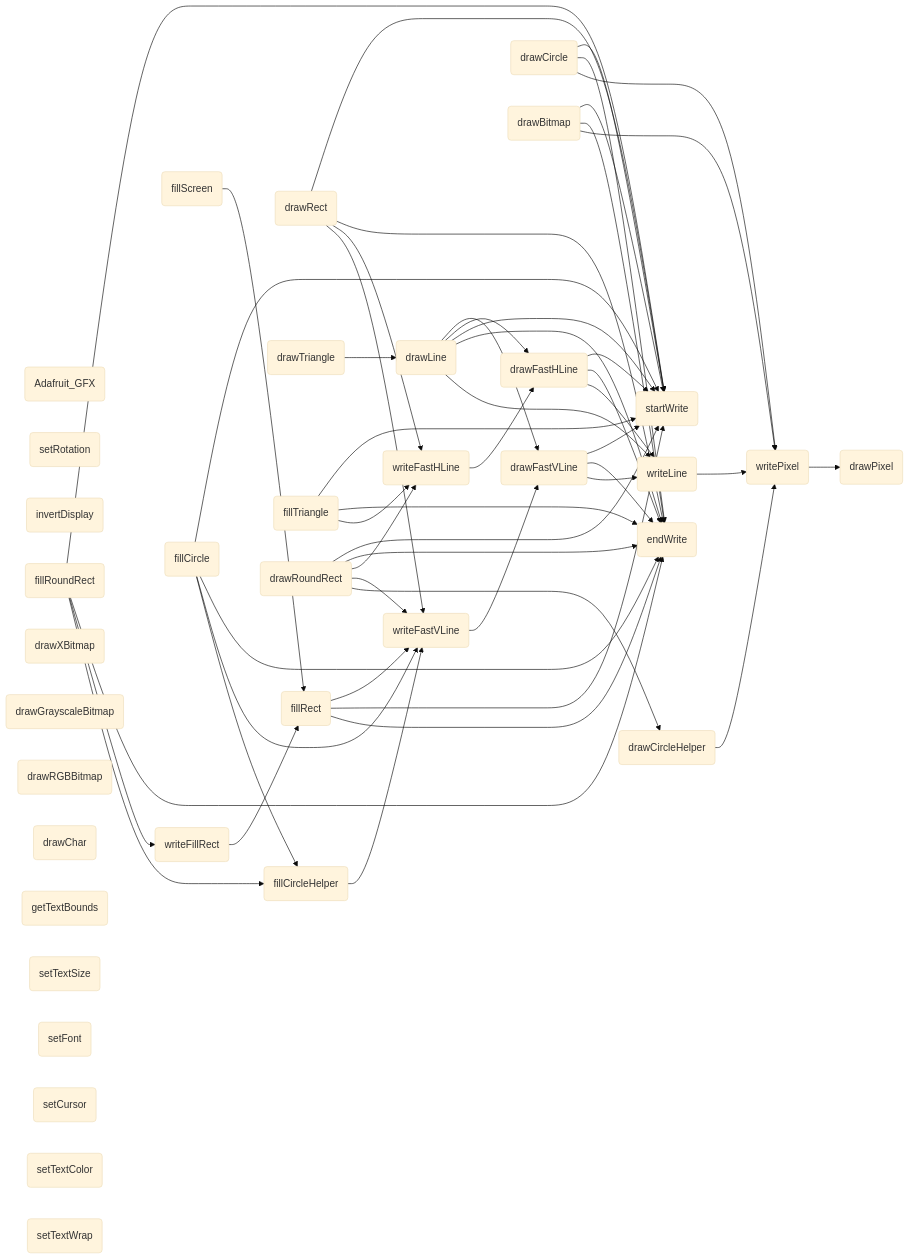
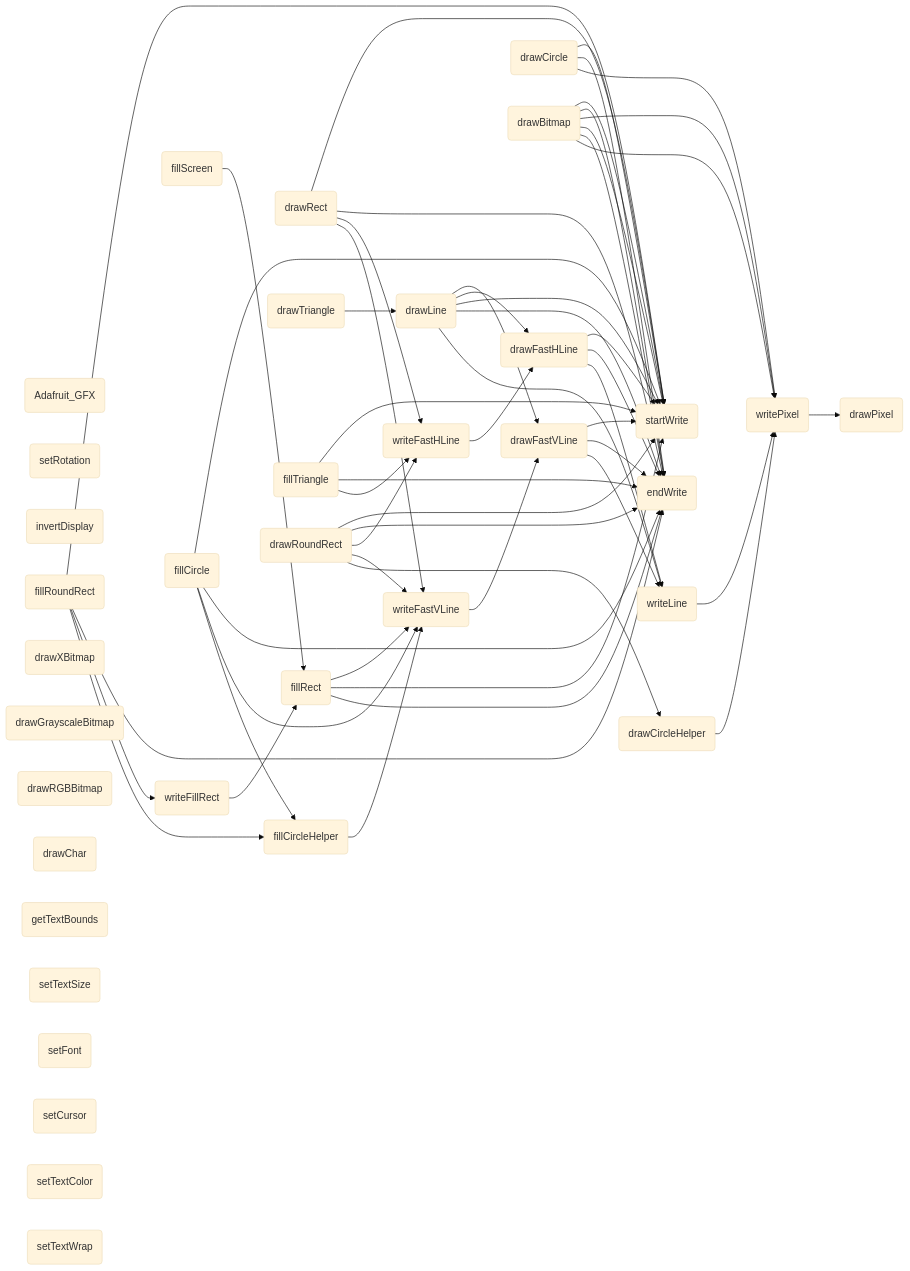
The diagram in all/未命名.md (icodezhanglei/iodraw-files), drawn with Mermaid (base theme) before and after one commit.

Commit message:
2024-09-13 18:37:51 update

````diff
--- a/all/未命名.md
+++ b/all/未命名.md
@@ -1,65 +1,66 @@
 ```mermaid
 flowchart LR
 Adafruit_GF(Adafruit_GFX)
 drawPixel(drawPixel)
 startWrite(startWrite)
 endWrite(endWrite)
 writePixel(writePixel)
 writeFillRect(writeFillRect)
 writeFastVLine(writeFastVLine)
 writeFastHLine(writeFastHLine)
 writeLine(writeLine)
 setRotation(setRotation)
 invertDisplay(invertDisplay)
 drawFastVLine(drawFastVLine)
 drawFastHLine(drawFastHLine)
 fillRect(fillRect)
 fillScreen(fillScreen)
 drawLine(drawLine)
 drawRect(drawRect)
 drawCircle(drawCircle)
 drawCircleHelper(drawCircleHelper)
 fillCircle(fillCircle)
 fillCircleHelper(fillCircleHelper)
 drawTriangle(drawTriangle)
 fillTriangle(fillTriangle)
 drawRoundRect(drawRoundRect)
 fillRoundRect(fillRoundRect)
 drawBitmap(drawBitmap)
 drawXBitmap(drawXBitmap)
 drawGrayscaleBitmap(drawGrayscaleBitmap)
 drawRGBBitmap(drawRGBBitmap)
 drawChar(drawChar)
 getTextBounds(getTextBounds)
 setTextSize(setTextSize)
 setFont(setFont)
 setCursor(setCursor)
 setTextColor(setTextColor)
 setTextWrap(setTextWrap)
 
 writeLine --> writePixel --> drawPixel
 
 writeFastVLine --> drawFastVLine --> startWrite & endWrite
 drawFastVLine --> writeLine
 
 writeFastHLine --> drawFastHLine --> startWrite & endWrite
 drawFastHLine --> writeLine
 
 writeFillRect --> fillRect --> writeFastVLine & startWrite & endWrite
 
 fillScreen --> fillRect
 drawLine --> drawFastVLine & drawFastHLine & startWrite & endWrite & writeLine
 drawCircle --> startWrite & endWrite & writePixel
 drawCircleHelper --> writePixel
 fillCircle --> startWrite & endWrite & writeFastVLine & fillCircleHelper
 fillCircleHelper --> writeFastVLine
 drawRect --> startWrite & endWrite & writeFastHLine & writeFastVLine
 drawRoundRect --> startWrite & endWrite & writeFastHLine & writeFastVLine & drawCircleHelper
 fillRoundRect --> startWrite & endWrite & writeFillRect & fillCircleHelper
 drawTriangle --> drawLine
 fillTriangle --> startWrite & endWrite & writeFastHLine
 drawBitmap --> startWrite & endWrite & writePixel
+drawBitmap --> startWrite & endWrite & writePixel
 
 
 
 ```
````
